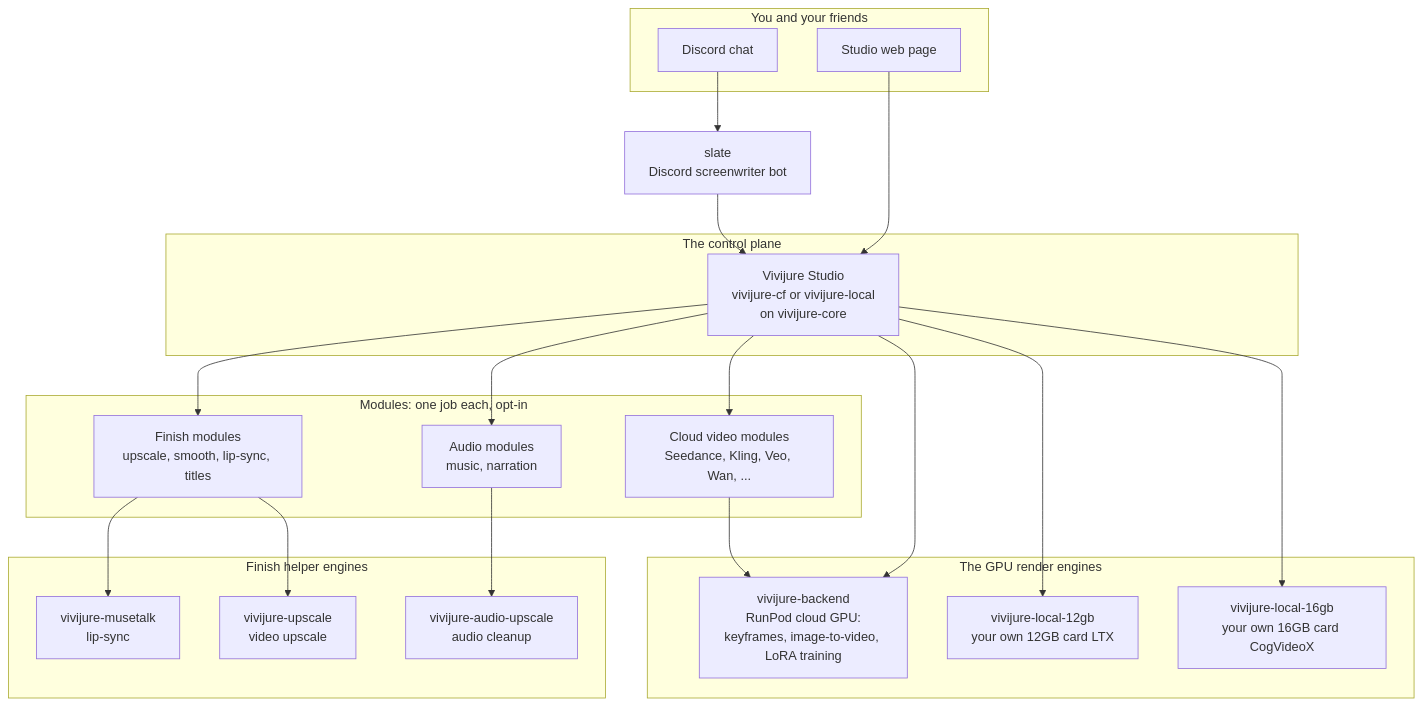
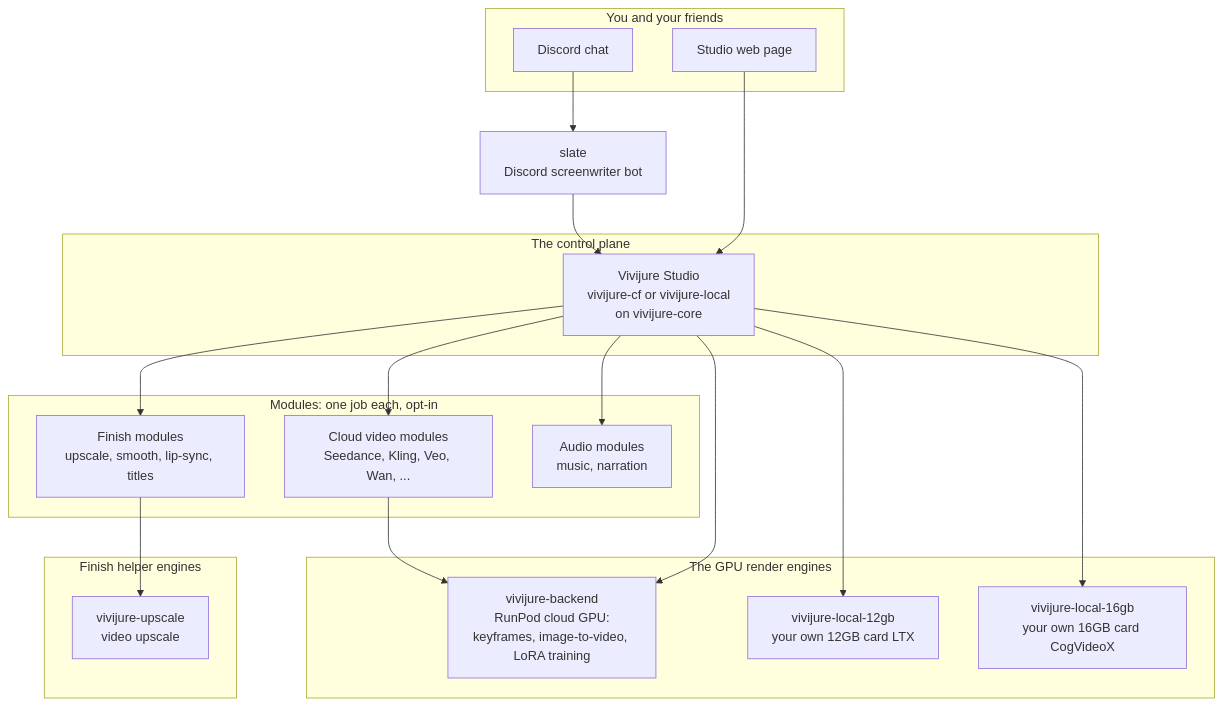
One commit to skyphusion-labs/vivijure-backend changed the diagram in README.md. Above: the diagram before and after it, drawn with Mermaid. The commit also changed 3 other files, not shown here.

````diff
--- a/README.md
+++ b/README.md
@@ -25,45 +25,41 @@
 ```mermaid
 flowchart TD
     subgraph front[You and your friends]
         discord[Discord chat]
         ui[Studio web page]
     end
 
     slate[slate<br/>Discord screenwriter bot]
 
     subgraph core[The control plane]
         studio[Vivijure Studio<br/>vivijure-cf or vivijure-local<br/>on vivijure-core]
     end
 
     subgraph modules[Modules: one job each, opt-in]
         cloudmods[Cloud video modules<br/>Seedance, Kling, Veo, Wan, ...]
         finishmods[Finish modules<br/>upscale, smooth, lip-sync, titles]
         audiomods[Audio modules<br/>music, narration]
     end
 
     subgraph gpu[The GPU render engines]
         backend[vivijure-backend<br/>RunPod cloud GPU:<br/>keyframes, image-to-video, LoRA training]
         local12[vivijure-local-12gb<br/>your own 12GB card LTX]
         local16[vivijure-local-16gb<br/>your own 16GB card CogVideoX]
     end
 
     subgraph finish[Finish helper engines]
-        musetalk[vivijure-musetalk<br/>lip-sync]
         upscale[vivijure-upscale<br/>video upscale]
-        audioup[vivijure-audio-upscale<br/>audio cleanup]
     end
 
     discord --> slate
     slate --> studio
     ui --> studio
     studio --> cloudmods
     studio --> finishmods
     studio --> audiomods
     cloudmods --> backend
-    finishmods --> musetalk
     finishmods --> upscale
-    audiomods --> audioup
     studio --> backend
     studio --> local12
     studio --> local16
 ```
````
